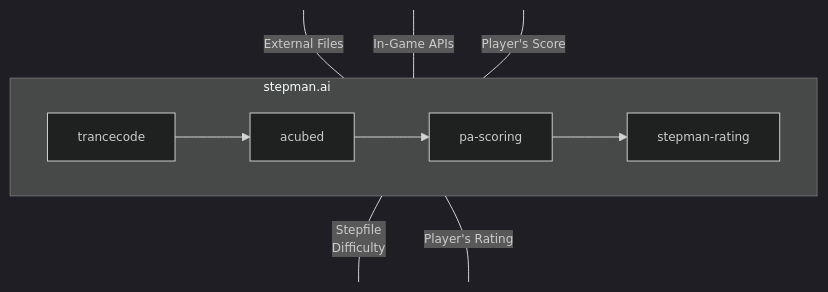
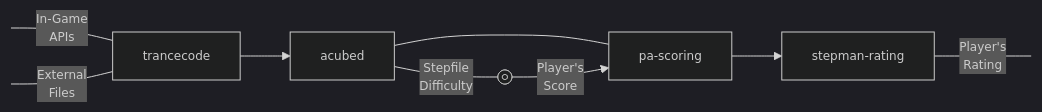
One commit to stepmanai/.github changed the diagram in profile/README.md. Above: the diagram before and after it, drawn with Mermaid.

````diff
--- a/profile/README.md
+++ b/profile/README.md
@@ -63,37 +63,36 @@
 ```mermaid
 %%{
   init: {
     'theme': 'dark',
     'themeVariables': {
       'fontFamily': 'courier',
       'fontSize': '12px'
     }
   }
 }%%
 
-flowchart TD
+flowchart LR
 
-subgraph Z["<div style="width:25em; display:flex;">stepman.ai</div>"]
-direction LR
-B@{ label: "trancecode" } --> C@{ label: "acubed" }; 
-C --> D1@{ label: "pa-scoring" };
-D1 --> D@{ label: "stepman-rating" };
-end
+D1@{ label: "pa-scoring" } --> D@{ label: "stepman-rating" };
+D---|Player's
+Rating|E2[ ];
+C@{ label: "acubed" }---D1;
+B --> C;
+A4[ ]---|"In-Game
+APIs"|B;
+A1[ ]---|"External
+Files"|B@{label: "trancecode" };
+C---|"Stepfile
+Difficulty"|F;
+F@{shape: framed-circle} -->|Player's
+Score|D1@{ label: "pa-scoring" };
 
-A1[ ]---|"External Files"|B;
-A4[ ]---|"In-Game APIs"|B;
-C---|"Stepfile
-Difficulty"|C1[ ];
-E1[ ]---|Player's Score|D1;
-D---|Player's Rating|E2[ ];
 click B "https://github.com/stepmanai";
 click C "https://github.com/stepmanai";
 click D1 "https://github.com/stepmanai";
 click D "https://github.com/stepmanai";
 style A1 height:0px;
 style A4 height:0px;
-style C1 height:0px;
-style E1 height:0px;
 style E2 height:0px;
 
 ``` 
````
